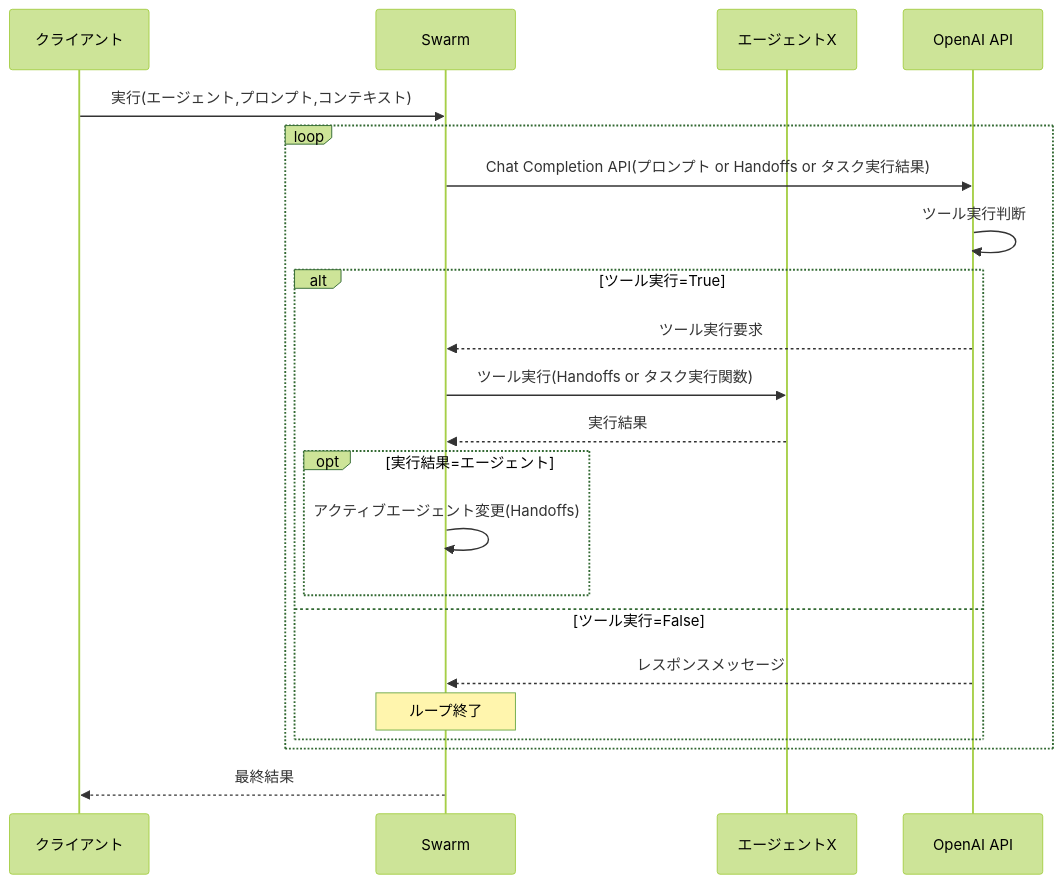
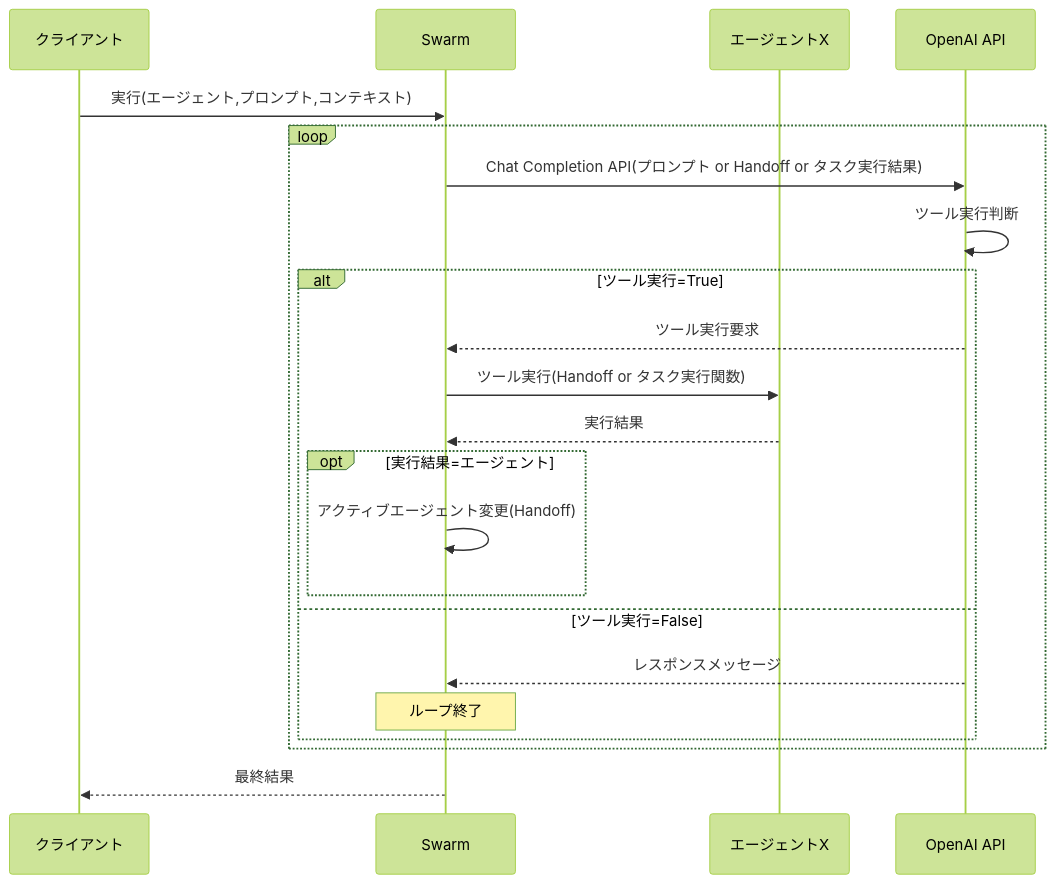
Before and after one commit to mamezou-tech/mamezou-tech-site: the second of 3 diagrams in src/posts/blogs/2024/1204_openai-swarm-multi-agent-intro.md, drawn with Mermaid (forest theme). The commit also changed other lines of this file, not shown here.

First line of the commit message:
Rename "Handoffs" to "Handoff" throughout documentation

````diff
--- a/src/posts/blogs/2024/1204_openai-swarm-multi-agent-intro.md
+++ b/src/posts/blogs/2024/1204_openai-swarm-multi-agent-intro.md
@@ -131,27 +131,27 @@
 ```mermaid
 sequenceDiagram
     participant User as クライアント
     participant Swarm
     participant Agent as エージェントX
     participant API as OpenAI API
 
     User->>Swarm: 実行(エージェント,プロンプト,コンテキスト)
 
     loop
-        Swarm->>API: Chat Completion API(プロンプト or Handoffs or タスク実行結果)
+        Swarm->>API: Chat Completion API(プロンプト or Handoff or タスク実行結果)
         API->>API: ツール実行判断
         alt ツール実行=True
             API-->>Swarm: ツール実行要求
-            Swarm->>Agent: ツール実行(Handoffs or タスク実行関数)
+            Swarm->>Agent: ツール実行(Handoff or タスク実行関数)
             Agent-->>Swarm: 実行結果
 
             opt 実行結果=エージェント
-                Swarm->>Swarm: アクティブエージェント変更(Handoffs)
+                Swarm->>Swarm: アクティブエージェント変更(Handoff)
             end
         else　ツール実行=False
             API-->>Swarm: レスポンスメッセージ
             Note over Swarm: ループ終了
         end
     end
     Swarm-->>User: 最終結果
 ```
````
